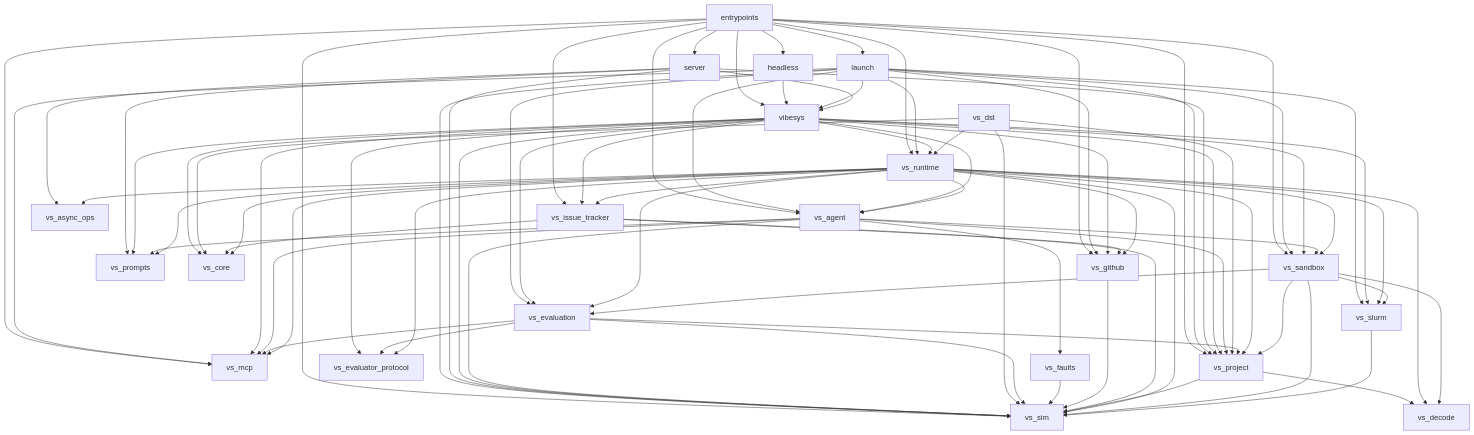
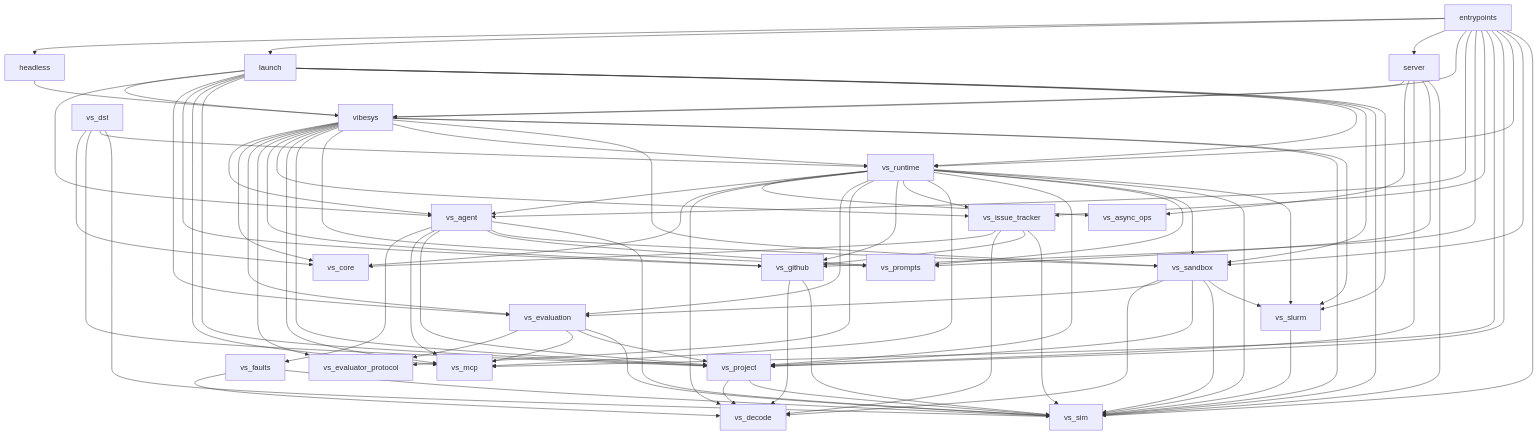
The diagram in docs/contributing/architecture.md (6Mikao9/vibesys), drawn with Mermaid before and after one commit. The commit also changed 8 other files, not shown here.

Commit message:
refactor(vs-github, vs-issue-tracker, vs-faults): parse untrusted JSON through vs_decode (#2548)

```diff
--- a/docs/contributing/architecture.md
+++ b/docs/contributing/architecture.md
@@ -182,9 +182,12 @@
     vs_evaluation --> vs_mcp
     vs_evaluation --> vs_project
     vs_evaluation --> vs_sim
+    vs_faults --> vs_decode
     vs_faults --> vs_sim
+    vs_github --> vs_decode
     vs_github --> vs_sim
     vs_issue_tracker --> vs_core
+    vs_issue_tracker --> vs_decode
     vs_issue_tracker --> vs_github
     vs_issue_tracker --> vs_sim
     vs_project --> vs_decode
```
